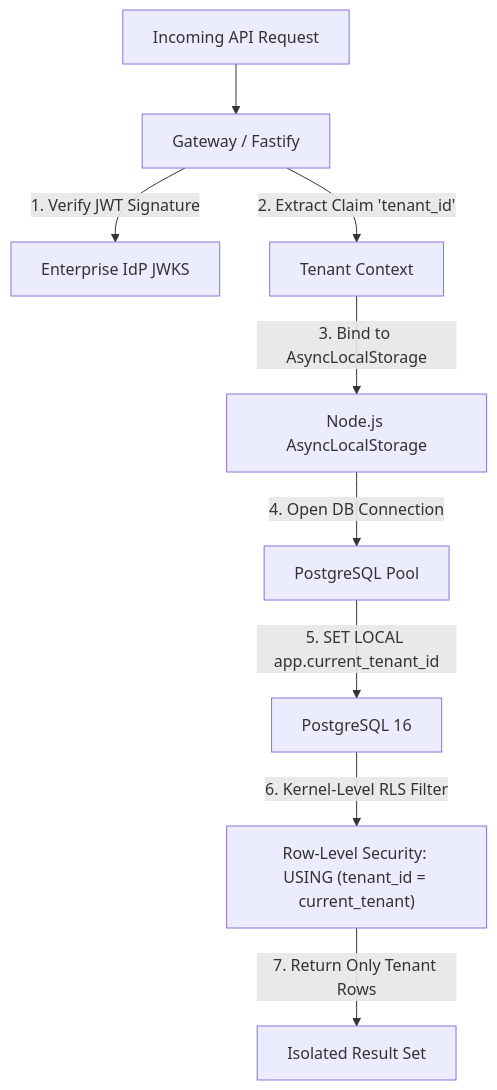
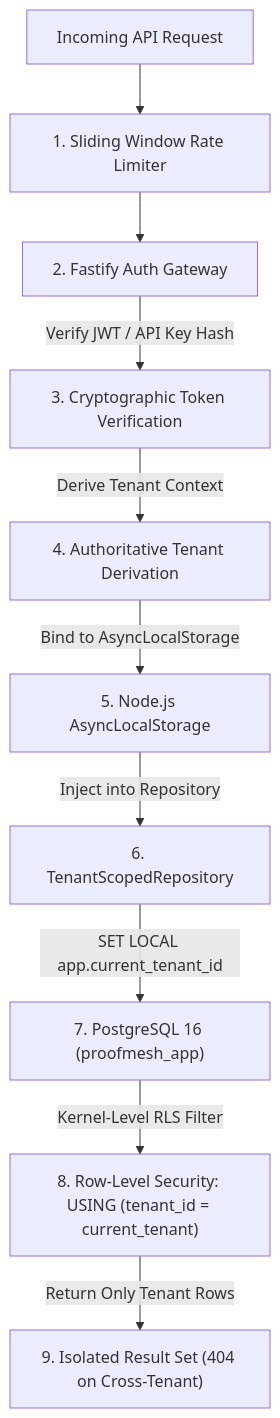
One commit to srsp1000/ProofMesh changed the diagram in docs/security/threat-model.md. Above: the diagram before and after it, drawn with Mermaid. The commit also changed other lines of this file and 37 other files, not shown here.

````diff
--- a/docs/security/threat-model.md
+++ b/docs/security/threat-model.md
@@ -65,14 +65,14 @@
 ```mermaid
 flowchart TD
-    Req["Incoming API Request"] --> GW["Gateway / Fastify"]
-    GW -->|1. Verify JWT Signature| IdP["Enterprise IdP JWKS"]
-    GW -->|2. Extract Claim 'tenant_id'| Txt["Tenant Context"]
+    Req["Incoming API Request"] --> RateLimit["1. Sliding Window Rate Limiter"]
+    RateLimit --> AuthGW["2. Fastify Auth Gateway"]
+    AuthGW -->|Verify JWT / API Key Hash| TokenCheck["3. Cryptographic Token Verification"]
+    TokenCheck -->|Derive Tenant Context| Txt["4. Authoritative Tenant Derivation"]
 
-    Txt -->|3. Bind to AsyncLocalStorage| ALS["Node.js AsyncLocalStorage"]
-    ALS -->|4. Open DB Connection| Pool["PostgreSQL Pool"]
+    Txt -->|Bind to AsyncLocalStorage| ALS["5. Node.js AsyncLocalStorage"]
+    ALS -->|Inject into Repository| Repo["6. TenantScopedRepository"]
+    Repo -->|SET LOCAL app.current_tenant_id| DB["7. PostgreSQL 16 (proofmesh_app)"]
+    DB -->|Kernel-Level RLS Filter| RLS["8. Row-Level Security: USING (tenant_id = current_tenant)"]
 
-    Pool -->|5. SET LOCAL app.current_tenant_id| DB["PostgreSQL 16"]
-    DB -->|6. Kernel-Level RLS Filter| RLS["Row-Level Security: USING (tenant_id = current_tenant)"]
-
-    RLS -->|7. Return Only Tenant Rows| Result["Isolated Result Set"]
+    RLS -->|Return Only Tenant Rows| Result["9. Isolated Result Set (404 on Cross-Tenant)"]
 ```
````
